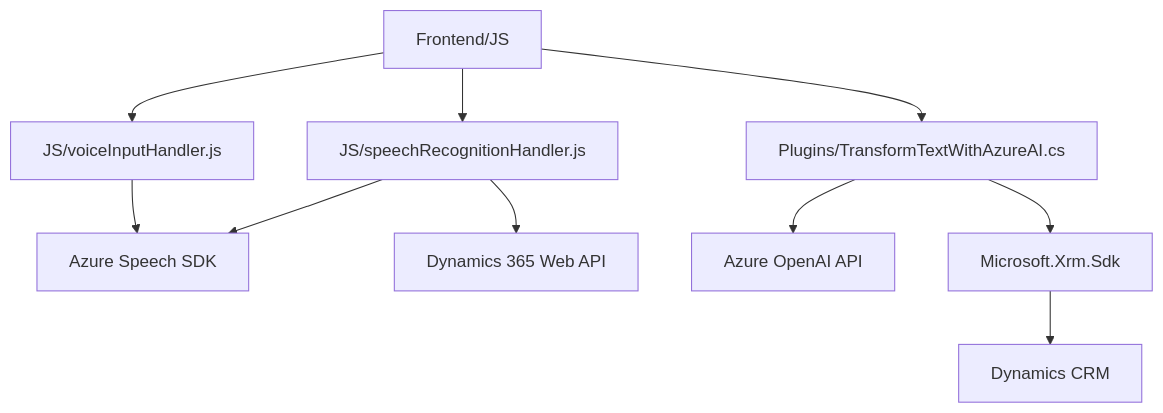
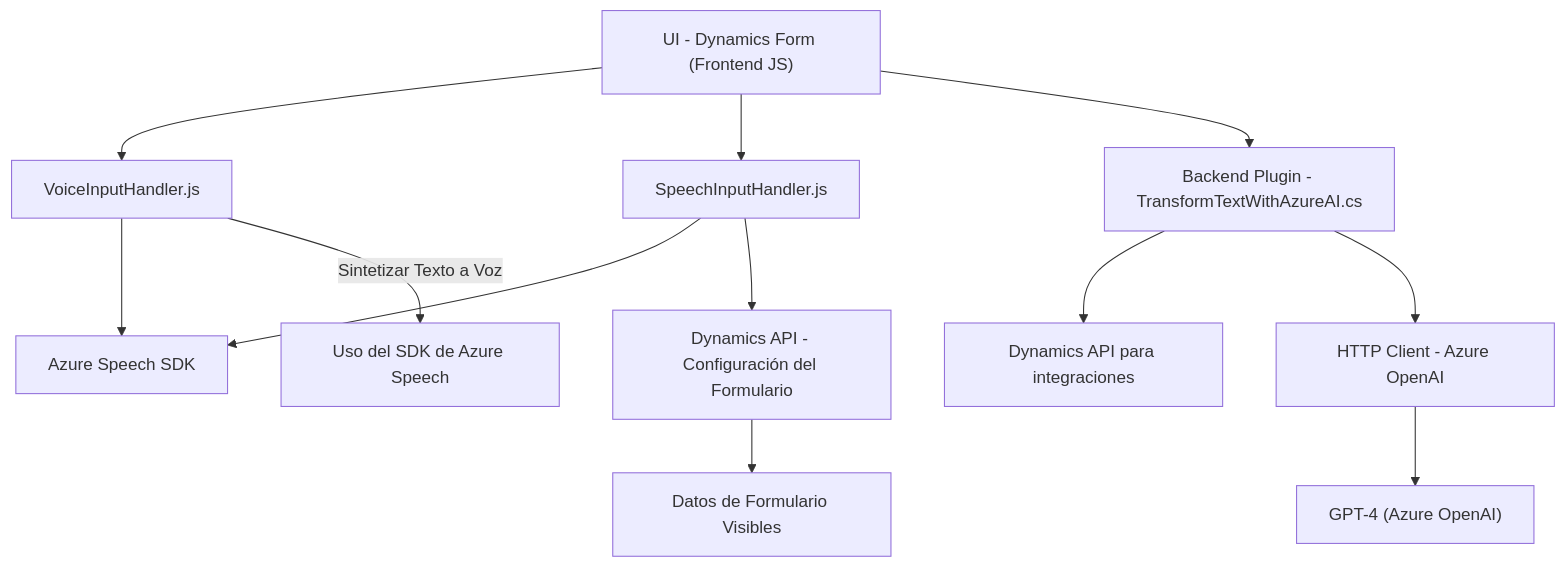
One commit to blopezdm/NETCORE_BILBAO2025 changed the diagram in README.md. Above: the diagram before and after it, drawn with Mermaid. The commit also changed other lines of this file, not shown here.

````diff
--- a/README.md
+++ b/README.md
@@ -69,12 +42,15 @@
 ```mermaid
 graph TD
-    A["Frontend/JS"] --> B["JS/voiceInputHandler.js"]
-    A --> C["JS/speechRecognitionHandler.js"]
+    A["UI - Dynamics Form (Frontend JS)"] --> B["VoiceInputHandler.js"]
+    A --> C["SpeechInputHandler.js"]
     B --> D["Azure Speech SDK"]
     C --> D
-    C --> E["Dynamics 365 Web API"]
-    A --> F["Plugins/TransformTextWithAzureAI.cs"]
-    F --> G["Azure OpenAI API"]
-    F --> H["Microsoft.Xrm.Sdk"]
-    H --> I["Dynamics CRM"]
+    C --> E["Dynamics API - Configuración del Formulario"]
+    E --> F["Datos de Formulario Visibles"]
+    B -- "Sintetizar Texto a Voz" --> G["Uso del SDK de Azure Speech"]
+
+    A --> H["Backend Plugin - TransformTextWithAzureAI.cs"]
+    H --> I["Dynamics API para integraciones"]
+    H --> J["HTTP Client - Azure OpenAI"]
+    J --> K["GPT-4 (Azure OpenAI)"]
 ```
````
